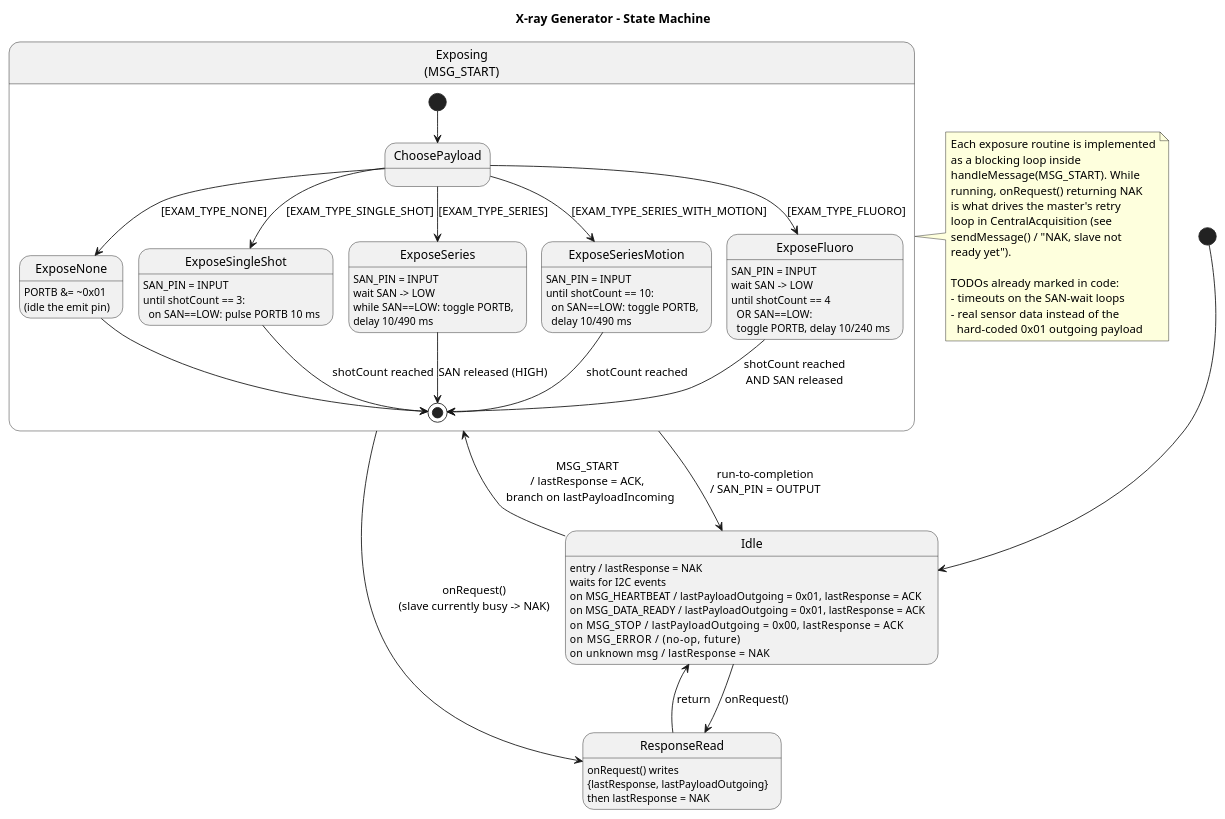
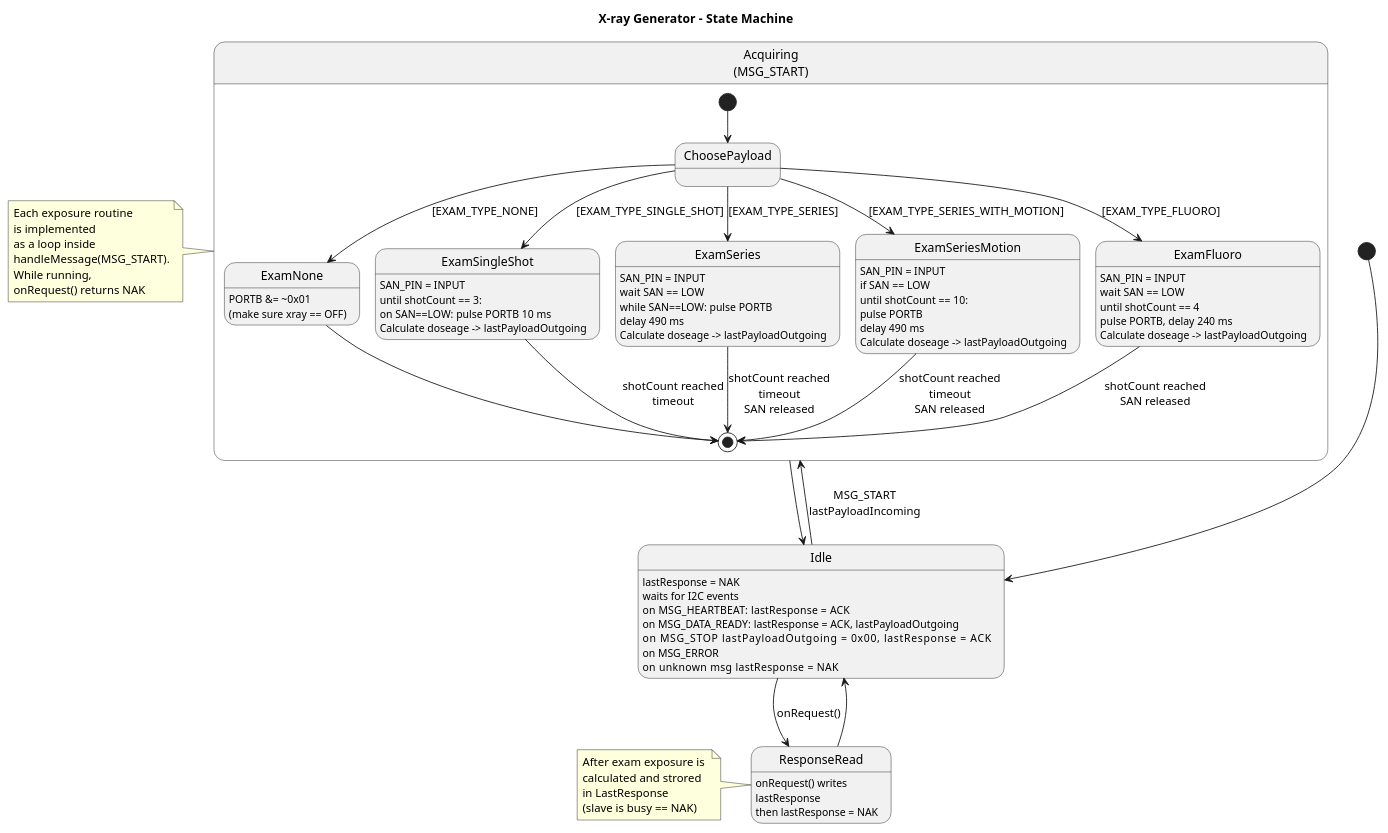
Before and after one commit to luckyharry1/Xray-Project: the diagram in docs/diagrams/XrayGenerator_State.puml, drawn with PlantUML.

Commit message:
Manual refactor XrayGenerator state diagram

```diff
--- a/docs/diagrams/XrayGenerator_State.puml
+++ b/docs/diagrams/XrayGenerator_State.puml
@@ -1,70 +1,68 @@
 @startuml XrayGenerator_State
 title X-ray Generator - State Machine
 
 ' Source of truth: XrayGenerator/src/main.cpp
 ' Role: I2C slave at I2C_ADDR_SLAVE_1.
 '   onReceive(msgType, payload) updates lastResponse and dispatches via
 '   handleMessage(); onRequest() returns {lastResponse, lastPayloadOutgoing}
 '   then resets lastResponse to NAK.
 '   PORTB bit 0 = pin 8 = X-ray emit; SAN_PIN = pin 2 = shoot trigger input.
 
 [*] --> Idle
 
-state Idle : entry / lastResponse = NAK\nwaits for I2C events
-Idle : on MSG_HEARTBEAT  / lastPayloadOutgoing = 0x01, lastResponse = ACK
-Idle : on MSG_DATA_READY / lastPayloadOutgoing = 0x01, lastResponse = ACK
-Idle : on MSG_STOP       / lastPayloadOutgoing = 0x00, lastResponse = ACK
-Idle : on MSG_ERROR      / (no-op, future)
-Idle : on unknown msg    / lastResponse = NAK
+state Idle : lastResponse = NAK\nwaits for I2C events
+Idle : on MSG_HEARTBEAT:   lastResponse = ACK
+Idle : on MSG_DATA_READY: lastResponse = ACK, lastPayloadOutgoing
+Idle : on MSG_STOP               lastPayloadOutgoing = 0x00, lastResponse = ACK
+Idle : on MSG_ERROR       
+Idle : on unknown msg     lastResponse = NAK
 
 ' ---- Dispatch on MSG_START -------------------------------------------------
-state "Exposing\n(MSG_START)" as Exposing {
+state "Acquiring\n(MSG_START)" as Acquiring {
   [*] --> ChoosePayload
 
   state ChoosePayload <<choice>>
-  state ExposeNone            : PORTB &= ~0x01\n(idle the emit pin)
-  state ExposeSingleShot      : SAN_PIN = INPUT\nuntil shotCount == 3:\n  on SAN==LOW: pulse PORTB 10 ms
-  state ExposeSeries          : SAN_PIN = INPUT\nwait SAN -> LOW\nwhile SAN==LOW: toggle PORTB,\ndelay 10/490 ms
-  state ExposeSeriesMotion    : SAN_PIN = INPUT\nuntil shotCount == 10:\n  on SAN==LOW: toggle PORTB,\n  delay 10/490 ms
-  state ExposeFluoro          : SAN_PIN = INPUT\nwait SAN -> LOW\nuntil shotCount == 4\n  OR SAN==LOW:\n  toggle PORTB, delay 10/240 ms
+  state ExamNone            : PORTB &= ~0x01\n(make sure xray == OFF)
+  state ExamSingleShot      : SAN_PIN = INPUT\nuntil shotCount == 3:\non SAN==LOW: pulse PORTB 10 ms\nCalculate doseage -> lastPayloadOutgoing
+  state ExamSeries          : SAN_PIN = INPUT\nwait SAN == LOW\nwhile SAN==LOW: pulse PORTB\ndelay 490 ms\nCalculate doseage -> lastPayloadOutgoing
+  state ExamSeriesMotion    : SAN_PIN = INPUT\nif SAN == LOW\nuntil shotCount == 10:\npulse PORTB\ndelay 490 ms\nCalculate doseage -> lastPayloadOutgoing
+  state ExamFluoro          : SAN_PIN = INPUT\nwait SAN == LOW\nuntil shotCount == 4\npulse PORTB, delay 240 ms\nCalculate doseage -> lastPayloadOutgoing
 
-  ChoosePayload --> ExposeNone         : [EXAM_TYPE_NONE]
-  ChoosePayload --> ExposeSingleShot   : [EXAM_TYPE_SINGLE_SHOT]
-  ChoosePayload --> ExposeSeries       : [EXAM_TYPE_SERIES]
-  ChoosePayload --> ExposeSeriesMotion : [EXAM_TYPE_SERIES_WITH_MOTION]
-  ChoosePayload --> ExposeFluoro       : [EXAM_TYPE_FLUORO]
+  ChoosePayload --> ExamNone         : [EXAM_TYPE_NONE]
+  ChoosePayload --> ExamSingleShot   : [EXAM_TYPE_SINGLE_SHOT]
+  ChoosePayload --> ExamSeries       : [EXAM_TYPE_SERIES]
+  ChoosePayload --> ExamSeriesMotion : [EXAM_TYPE_SERIES_WITH_MOTION]
+  ChoosePayload --> ExamFluoro       : [EXAM_TYPE_FLUORO]
 
-  ExposeNone         --> [*]
-  ExposeSingleShot   --> [*] : shotCount reached
-  ExposeSeries       --> [*] : SAN released (HIGH)
-  ExposeSeriesMotion --> [*] : shotCount reached
-  ExposeFluoro       --> [*] : shotCount reached\nAND SAN released
+  ExamNone         --> [*]
+  ExamSingleShot   --> [*] : shotCount reached\ntimeout
+  ExamSeries       --> [*] : shotCount reached\ntimeout\nSAN released
+  ExamSeriesMotion --> [*] : shotCount reached\ntimeout\nSAN released
+  ExamFluoro       --> [*] : shotCount reached\nSAN released
 }
 
-Idle     --> Exposing : MSG_START\n/ lastResponse = ACK,\n  branch on lastPayloadIncoming
-Exposing --> Idle     : run-to-completion\n/ SAN_PIN = OUTPUT
+Idle     --> Acquiring : MSG_START\nlastPayloadIncoming
+Acquiring --> Idle
 
 ' ---- I2C response side (read path) ----
-state ResponseRead : onRequest() writes\n{lastResponse, lastPayloadOutgoing}\nthen lastResponse = NAK
+state ResponseRead : onRequest() writes\nlastResponse\nthen lastResponse = NAK
 
 Idle     --> ResponseRead : onRequest()
-Exposing --> ResponseRead : onRequest()\n(slave currently busy -> NAK)
-ResponseRead --> Idle     : return
+ResponseRead --> Idle
 
-note right of Exposing
-  Each exposure routine is implemented
-  as a blocking loop inside
-  handleMessage(MSG_START). While
-  running, onRequest() returning NAK
-  is what drives the master's retry
-  loop in CentralAcquisition (see
-  sendMessage() / "NAK, slave not
-  ready yet").
-
-  TODOs already marked in code:
-  - timeouts on the SAN-wait loops
-  - real sensor data instead of the
-    hard-coded 0x01 outgoing payload
+note left of Acquiring
+  Each exposure routine
+  is implemented
+  as a loop inside
+  handleMessage(MSG_START).
+  While running, 
+  onRequest() returns NAK
 end note
 
+note left of ResponseRead
+  After exam exposure is 
+  calculated and strored
+  in LastResponse
+  (slave is busy == NAK)
+end note
 @enduml
```
